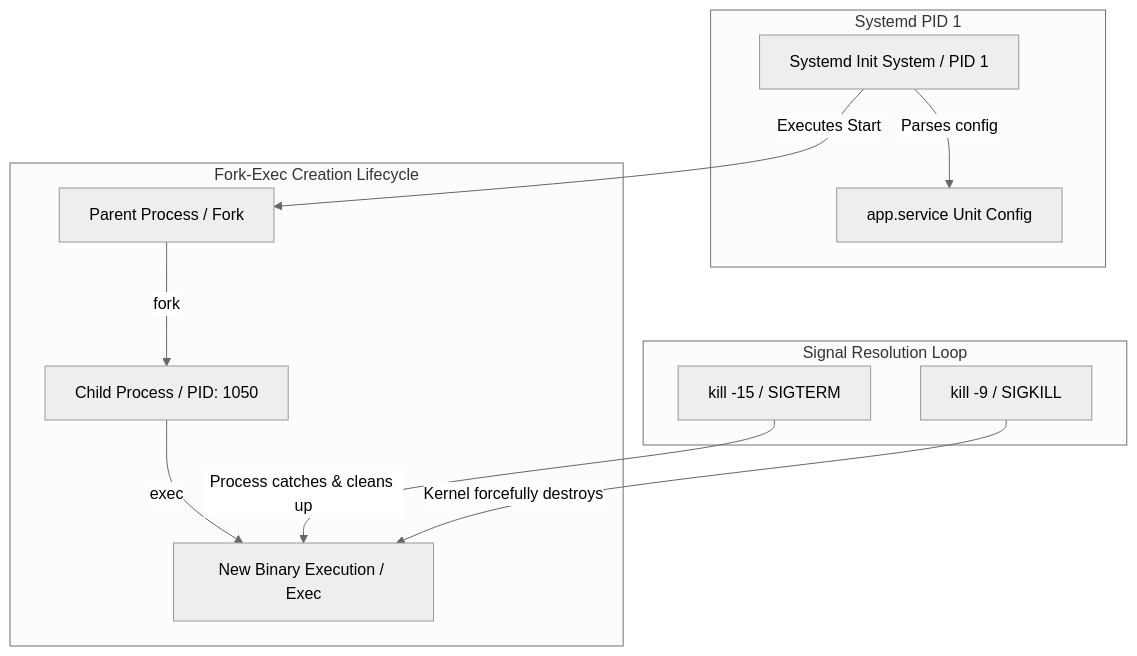
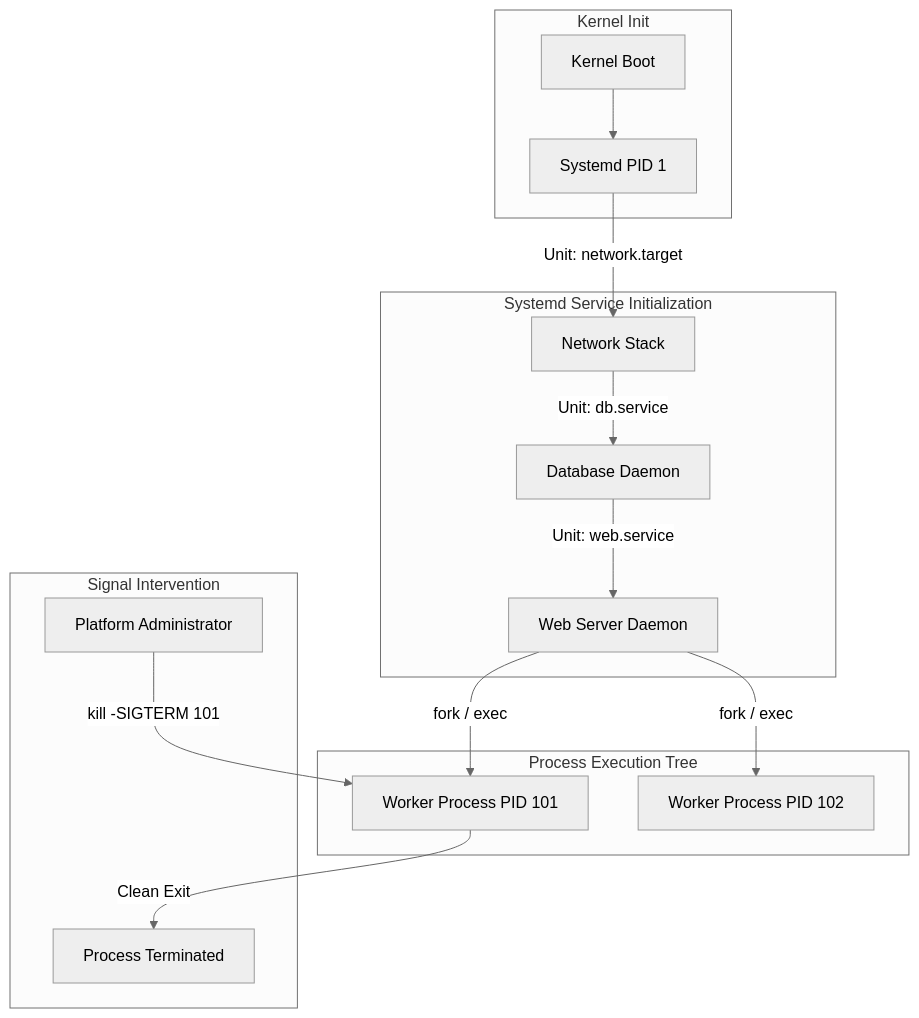
The diagram in output/generated/module-01/lesson-03.md (aloysiuspattath/platform-engineering-ai-course), drawn with Mermaid (neutral theme) before and after one commit. The commit also changed other lines of this file and 16 other files, not shown here.

````diff
--- a/output/generated/module-01/lesson-03.md
+++ b/output/generated/module-01/lesson-03.md
@@ -70,26 +68,22 @@
 ```mermaid
 flowchart TD
-    subgraph Systemd PID 1
-        SYS[Systemd Init System / PID 1]
-        UNIT[app.service Unit Config]
-        SYS -->|Parses config| UNIT
+    subgraph Kernel Init
+        K[Kernel Boot] --> P1[Systemd PID 1]
     end
 
-    subgraph Fork-Exec Creation Lifecycle
-        PARENT[Parent Process / Fork]
-        CHILD[Child Process / PID: 1050]
-        EXEC[New Binary Execution / Exec]
-        
-        SYS -->|Executes Start| PARENT
-        PARENT -->|fork| CHILD
-        CHILD -->|exec| EXEC
+    subgraph Systemd Service Initialization
+        P1 -->|Unit: network.target| NET[Network Stack]
+        NET -->|Unit: db.service| DB[Database Daemon]
+        DB -->|Unit: web.service| WEB[Web Server Daemon]
     end
 
-    subgraph Signal Resolution Loop
-        SIGTERM[kill -15 / SIGTERM]
-        SIGKILL[kill -9 / SIGKILL]
-        
-        SIGTERM -->|Process catches & cleans up| EXEC
-        SIGKILL -->|Kernel forcefully destroys| EXEC
+    subgraph Process Execution Tree
+        WEB -->|fork / exec| W1[Worker Process PID 101]
+        WEB -->|fork / exec| W2[Worker Process PID 102]
+    end
+
+    subgraph Signal Intervention
+        ADM[Platform Administrator] -->|kill -SIGTERM 101| W1
+        W1 -->|Clean Exit| EXIT[Process Terminated]
     end
 ```
````
